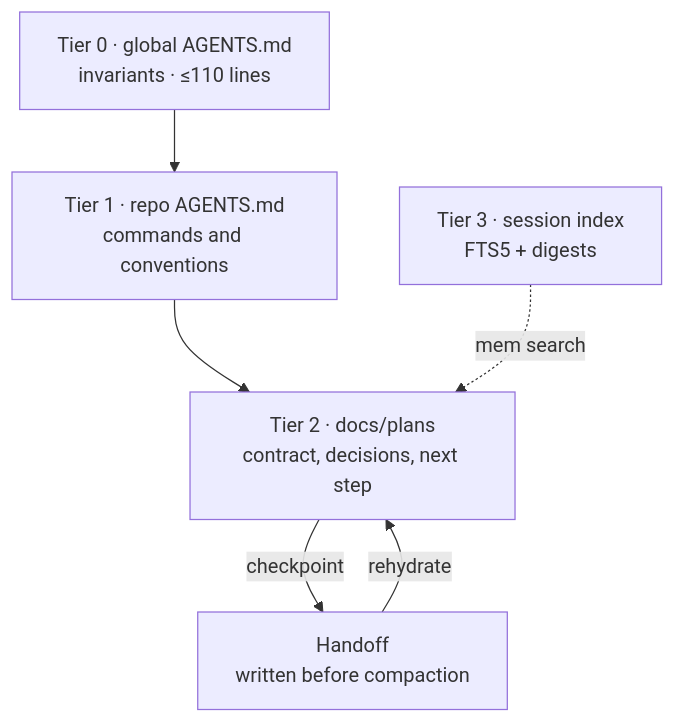
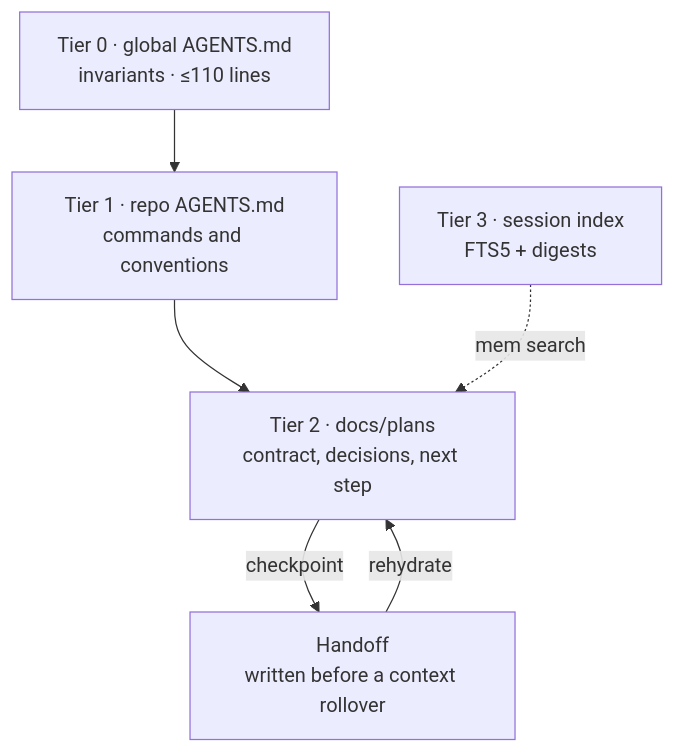
One commit to vityasyyy/dotfiles changed the diagram in docs/agent-memory.md. Above: the diagram before and after it, drawn with Mermaid. The commit also changed other lines of this file and 8 other files, not shown here.

First line of the commit message:
feat(handoff): replace compaction with transcript rollover

````diff
--- a/docs/agent-memory.md
+++ b/docs/agent-memory.md
@@ -7,12 +7,12 @@
 ```mermaid
 flowchart TD
   R["Tier 0 · global AGENTS.md<br/>invariants · ≤110 lines"]
   P["Tier 1 · repo AGENTS.md<br/>commands and conventions"]
   T["Tier 2 · docs/plans<br/>contract, decisions, next step"]
-  H["Handoff<br/>written before compaction"]
+  H["Handoff<br/>written before a context rollover"]
   E["Tier 3 · session index<br/>FTS5 + digests"]
   R --> P --> T
   T -->|checkpoint| H
   H -->|rehydrate| T
   E -. "mem search" .-> T
 ```
````
